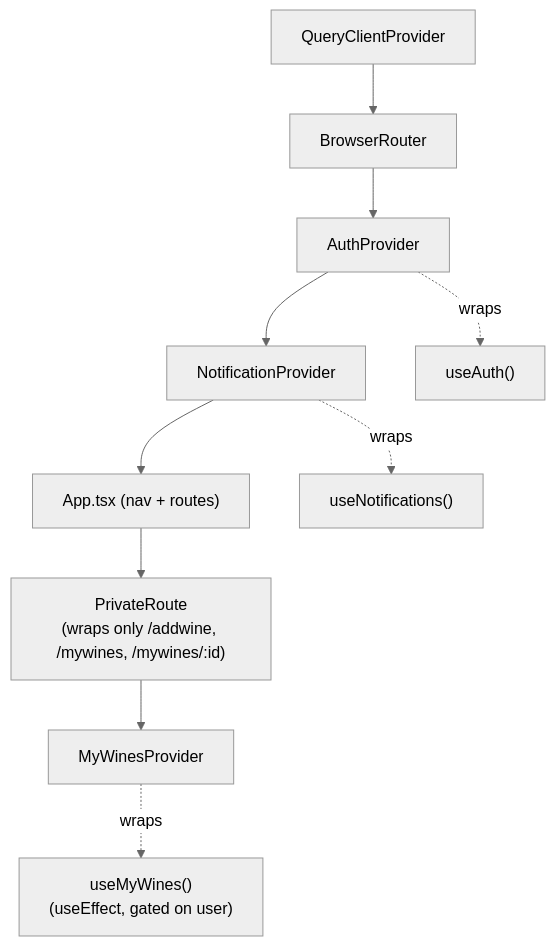
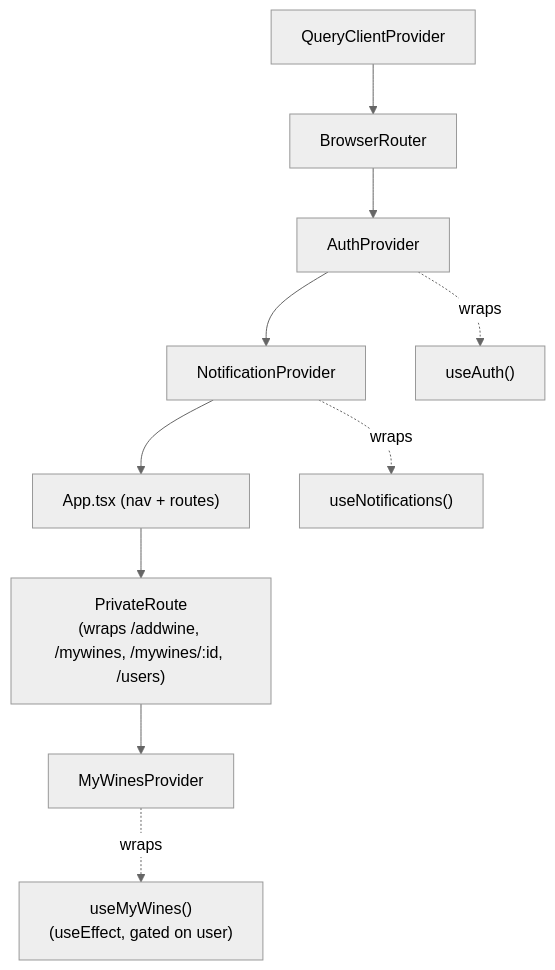
One commit to vsvala/KnowWine-AI changed the first of 8 diagrams in front/docs/ARCHITECTURE.md. Above: the diagram before and after it, drawn with Mermaid (neutral theme). The commit also changed other lines of this file and 2 other files, not shown here.

````diff
--- a/front/docs/ARCHITECTURE.md
+++ b/front/docs/ARCHITECTURE.md
@@ -87,13 +87,13 @@
 ```mermaid
 graph TD
     QCP["QueryClientProvider"] --> Router["BrowserRouter"]
     Router --> AuthProvider
     AuthProvider --> NotificationProvider
     NotificationProvider --> App["App.tsx (nav + routes)"]
-    App --> PrivateRoute["PrivateRoute\n(wraps only /addwine, /mywines, /mywines/:id)"]
+    App --> PrivateRoute["PrivateRoute\n(wraps /addwine, /mywines, /mywines/:id, /users)"]
     PrivateRoute --> MyWinesProvider
 
     AuthProvider -.wraps.-> useAuth["useAuth()"]
     NotificationProvider -.wraps.-> useNotifications["useNotifications()"]
     MyWinesProvider -.wraps.-> useMyWines["useMyWines()\n(useEffect, gated on user)"]
 ```
````
